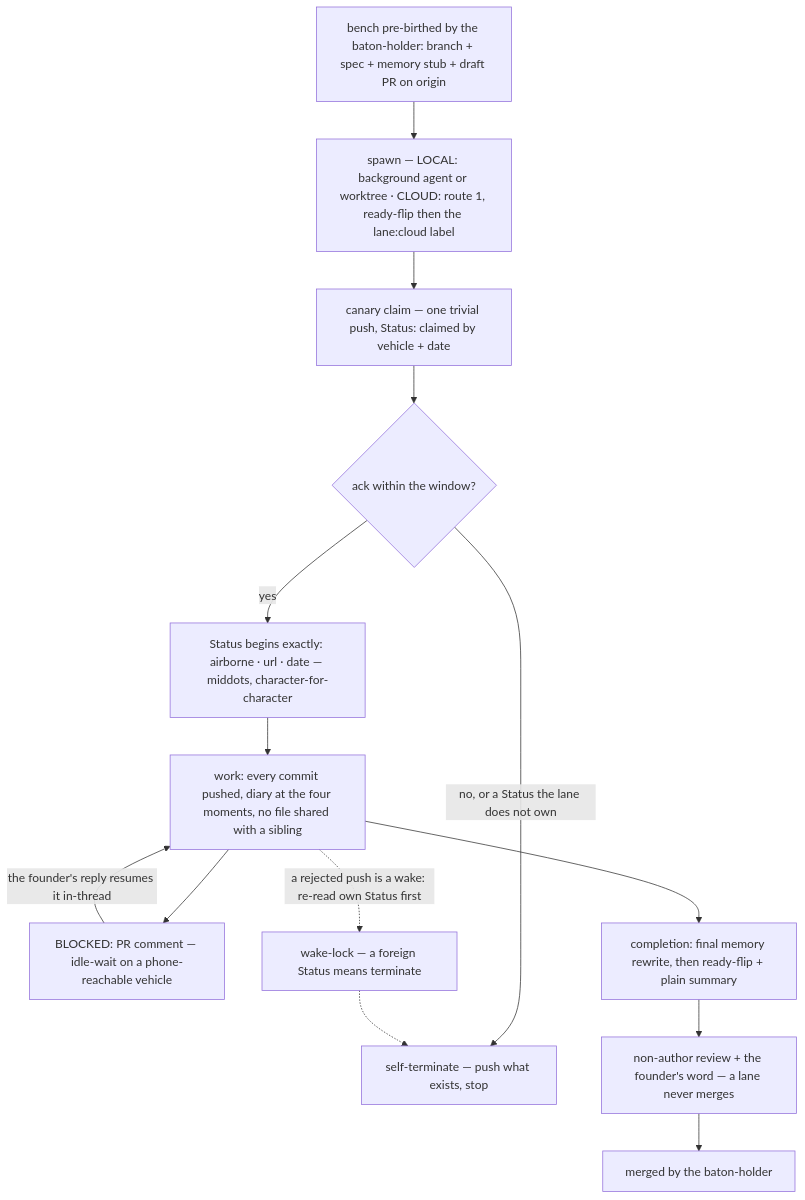
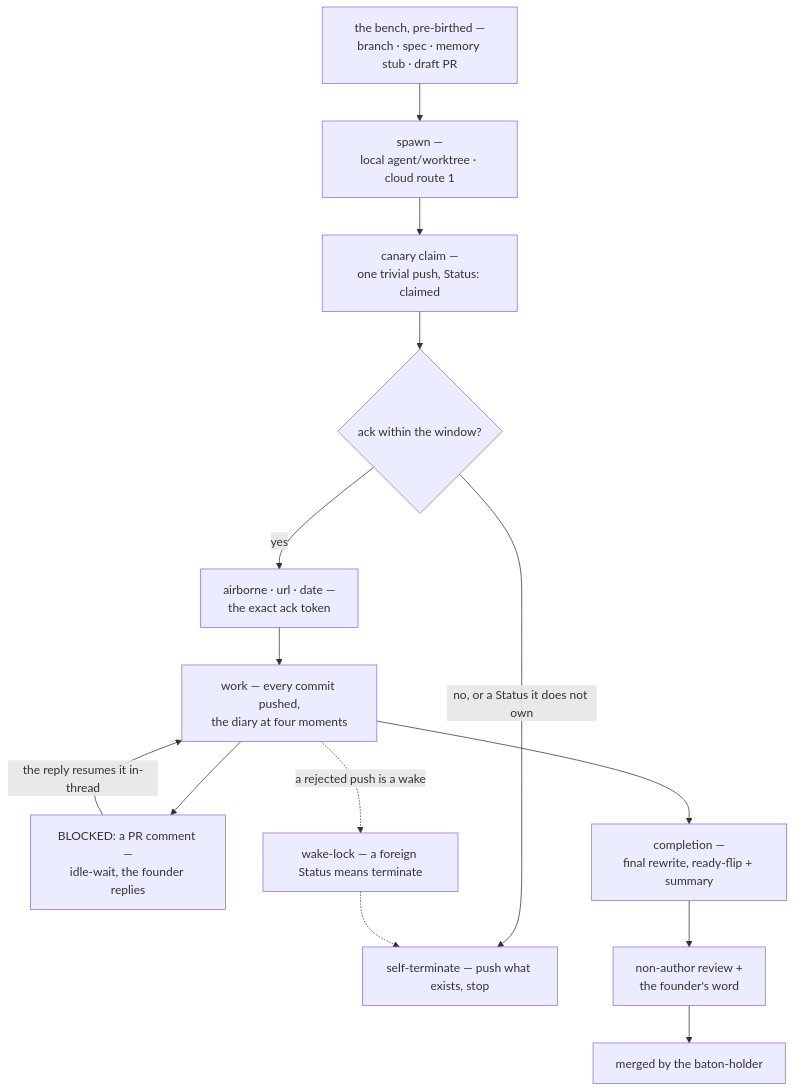
The fourth of 8 diagrams in docs/ATLAS.md (wsher0901/roam), drawn with Mermaid before and after one commit. The commit also changed other lines of this file and 4 other files, not shown here.

````diff
--- a/docs/ATLAS.md
+++ b/docs/ATLAS.md
@@ -145,16 +169,16 @@
 ```mermaid
 flowchart TD
-  B["bench pre-birthed by the baton-holder: branch + spec + memory stub + draft PR on origin"] --> S["spawn — LOCAL: background agent or worktree · CLOUD: route 1, ready-flip then the lane:cloud label"]
-  S --> CL["canary claim — one trivial push, Status: claimed by vehicle + date"]
+  B["the bench, pre-birthed —<br/>branch · spec · memory stub · draft PR"] --> S["spawn —<br/>local agent/worktree · cloud route 1"]
+  S --> CL["canary claim —<br/>one trivial push, Status: claimed"]
   CL --> ACK{"ack within the window?"}
-  ACK -->|yes| AIR["Status begins exactly: airborne · url · date — middots, character-for-character"]
-  ACK -->|"no, or a Status the lane does not own"| TERM["self-terminate — push what exists, stop"]
-  AIR --> WK["work: every commit pushed, diary at the four moments, no file shared with a sibling"]
-  WK --> BL["BLOCKED: PR comment — idle-wait on a phone-reachable vehicle"]
-  BL -->|"the founder's reply resumes it in-thread"| WK
-  WK --> DONE["completion: final memory rewrite, then ready-flip + plain summary"]
-  DONE --> RV["non-author review + the founder's word — a lane never merges"]
+  ACK -->|yes| AIR["airborne · url · date —<br/>the exact ack token"]
+  ACK -->|"no, or a Status it does not own"| TERM["self-terminate — push what exists, stop"]
+  AIR --> WK["work — every commit pushed,<br/>the diary at four moments"]
+  WK --> BL["BLOCKED: a PR comment —<br/>idle-wait, the founder replies"]
+  BL -->|"the reply resumes it in-thread"| WK
+  WK --> DONE["completion —<br/>final rewrite, ready-flip + summary"]
+  DONE --> RV["non-author review +<br/>the founder's word"]
   RV --> MG["merged by the baton-holder"]
-  WK -.->|"a rejected push is a wake: re-read own Status first"| WLK["wake-lock — a foreign Status means terminate"]
+  WK -.->|"a rejected push is a wake"| WLK["wake-lock — a foreign Status means terminate"]
   WLK -.-> TERM
 ```
````
